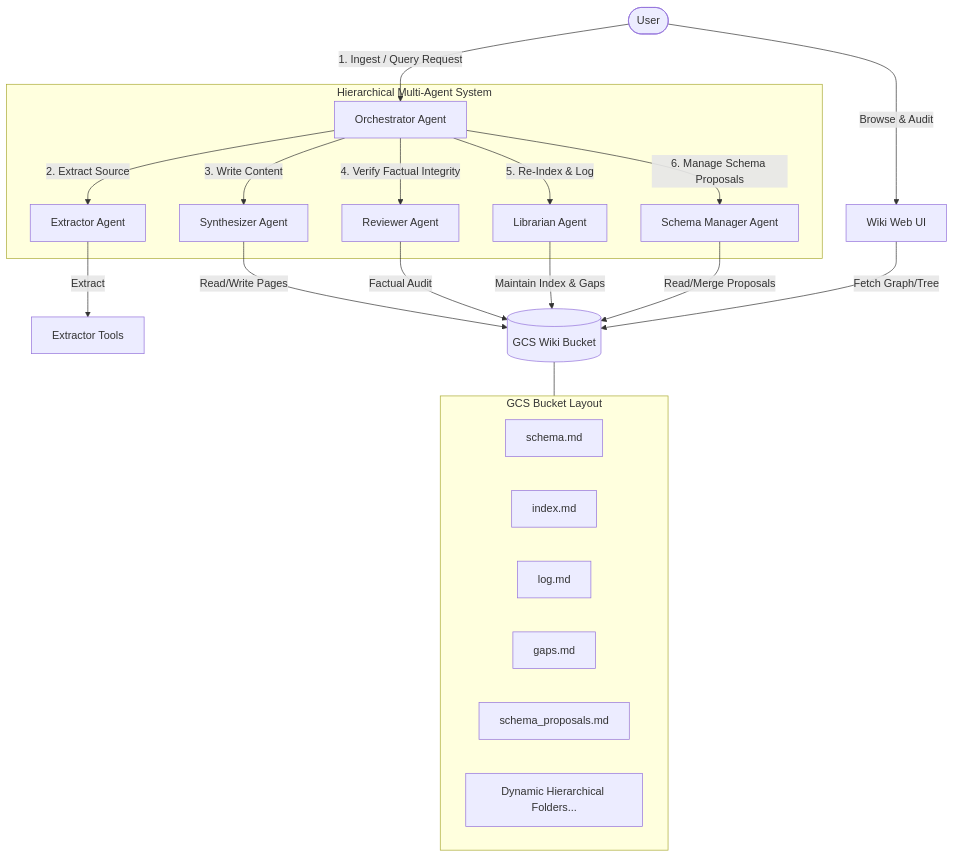
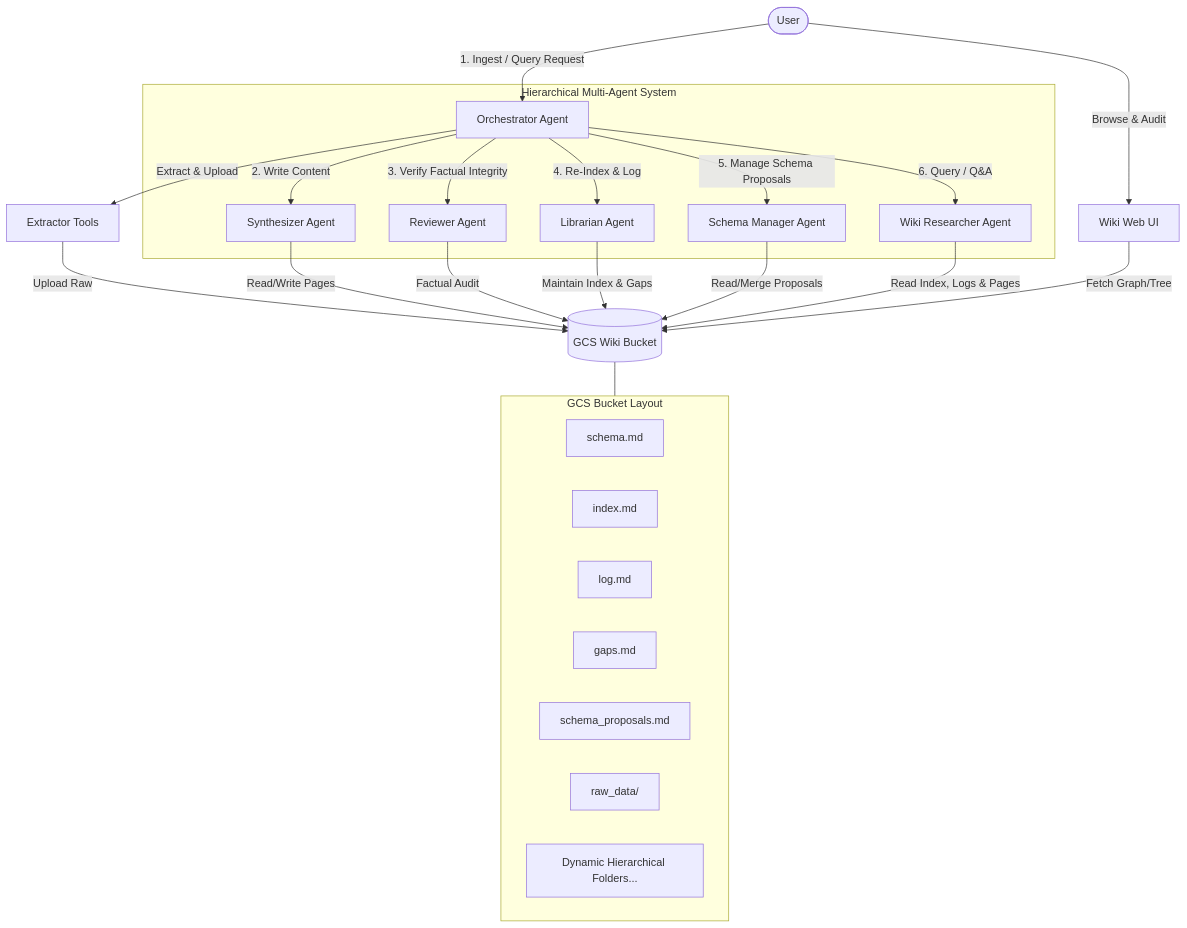
One commit to aagardezi/agentwiki-adk changed the first of 4 diagrams in README.md. Above: the diagram before and after it, drawn with Mermaid. The commit also changed other lines of this file and 6 other files, not shown here.

First line of the commit message:
Update README, schema.md, and system architecture diagrams to reflect ADK2 Workflow and GCS raw data integration.

````diff
--- a/README.md
+++ b/README.md
@@ -45,32 +46,35 @@
 ```mermaid
 graph TD
     User([User]) -->|1. Ingest / Query Request| Orch[Orchestrator Agent]
     User -->|Browse & Audit| UI[Wiki Web UI]
 
     subgraph multi_agent ["Hierarchical Multi-Agent System"]
-        Orch -->|2. Extract Source| Ext[Extractor Agent]
-        Orch -->|3. Write Content| Synth[Synthesizer Agent]
-        Orch -->|4. Verify Factual Integrity| Rev[Reviewer Agent]
-        Orch -->|5. Re-Index & Log| Lib[Librarian Agent]
-        Orch -->|6. Manage Schema Proposals| SchemaMgr[Schema Manager Agent]
+        Orch -->|2. Write Content| Synth[Synthesizer Agent]
+        Orch -->|3. Verify Factual Integrity| Rev[Reviewer Agent]
+        Orch -->|4. Re-Index & Log| Lib[Librarian Agent]
+        Orch -->|5. Manage Schema Proposals| SchemaMgr[Schema Manager Agent]
+        Orch -->|6. Query / Q&A| Res[Wiki Researcher Agent]
     end
 
-    Ext -->|Extract| ExtTools[Extractor Tools]
-    Synth -->|Read/Write Pages| GCS[(GCS Wiki Bucket)]
+    Orch -->|Extract & Upload| ExtTools[Extractor Tools]
+    ExtTools -->|Upload Raw| GCS[(GCS Wiki Bucket)]
+    Synth -->|Read/Write Pages| GCS
     Rev -->|Factual Audit| GCS
     Lib -->|Maintain Index & Gaps| GCS
     SchemaMgr -->|Read/Merge Proposals| GCS
+    Res -->|Read Index, Logs & Pages| GCS
     
     UI -->|Fetch Graph/Tree| GCS
 
     subgraph gcs_bucket ["GCS Bucket Layout"]
         schema[schema.md]
         index[index.md]
         log[log.md]
         gaps[gaps.md]
         proposals[schema_proposals.md]
+        raw_data[raw_data/]
         hierarchy[Dynamic Hierarchical Folders...]
     end
 
     GCS --- gcs_bucket
 ```
````
